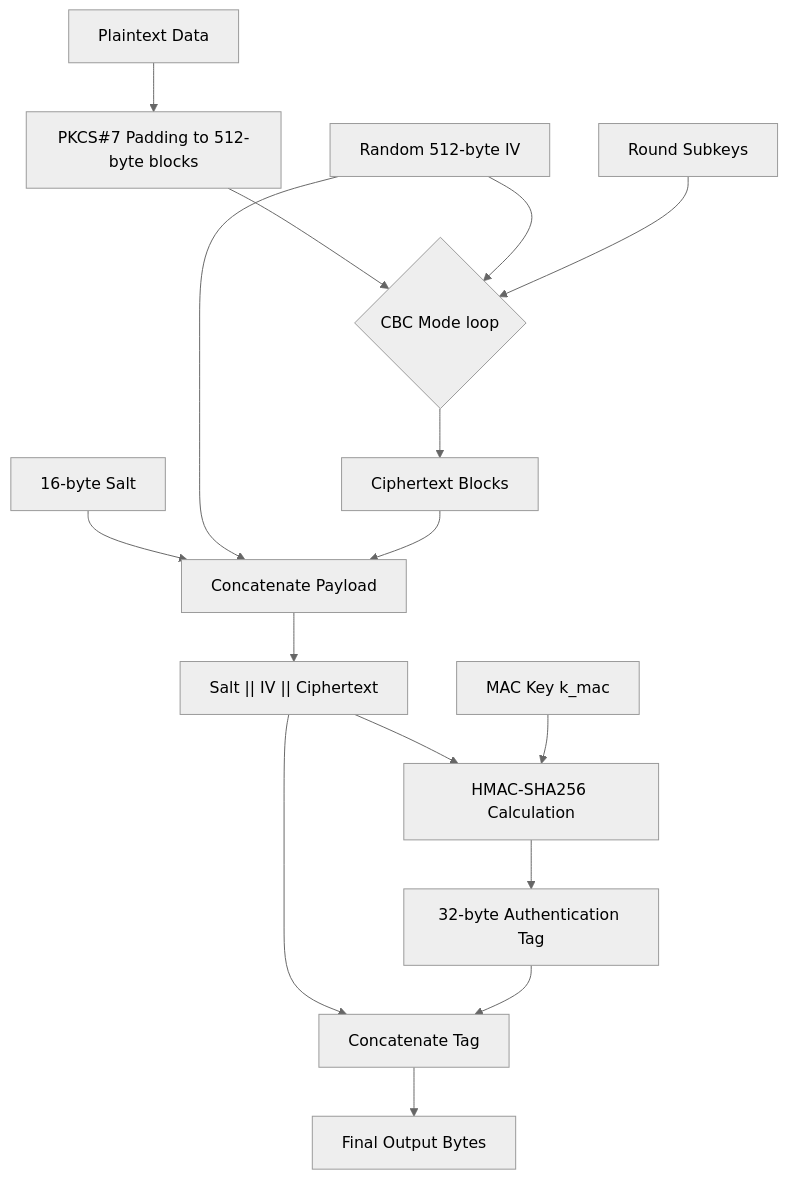
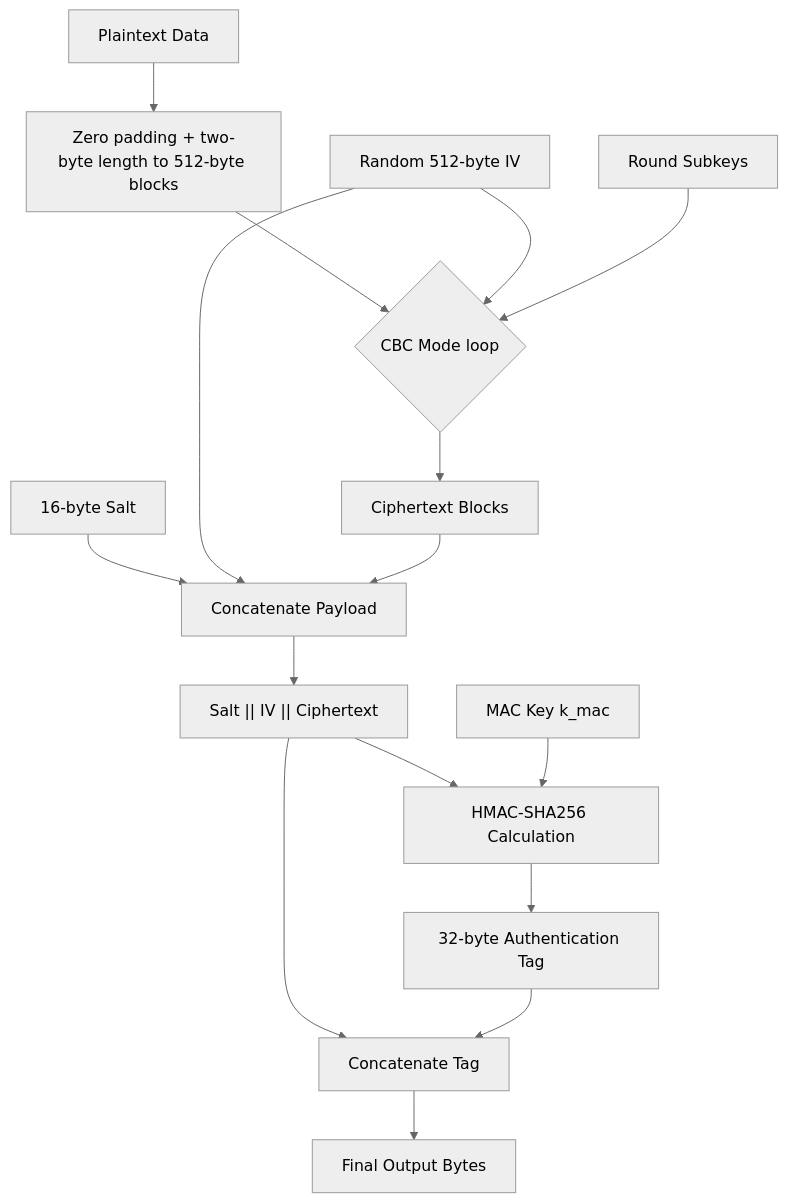
The second of 2 diagrams in FLOWS.md (Ashin-06/Dynamic-Block-Cipher), drawn with Mermaid (neutral theme) before and after one commit. The commit also changed other lines of this file and 15 other files, not shown here.

````diff
--- a/FLOWS.md
+++ b/FLOWS.md
@@ -33,23 +35,23 @@
 ```mermaid
 flowchart TD
-    PT[Plaintext Data] --> Pad[PKCS#7 Padding to 512-byte blocks]
+    PT[Plaintext Data] --> Pad[Zero padding + two-byte length to 512-byte blocks]
     Pad --> CBC{CBC Mode loop}
     IV[Random 512-byte IV] --> CBC
     Subkeys[Round Subkeys] --> CBC
     
     CBC --> CT[Ciphertext Blocks]
     
     Salt[16-byte Salt] --> Concat[Concatenate Payload]
     IV --> Concat
     CT --> Concat
     
     Concat --> OutPayload["Salt || IV || Ciphertext"]
     OutPayload --> HMAC_Calc[HMAC-SHA256 Calculation]
     K_mac[MAC Key k_mac] --> HMAC_Calc
     
     HMAC_Calc --> Tag[32-byte Authentication Tag]
     OutPayload --> FinalConcat[Concatenate Tag]
     Tag --> FinalConcat
     
     FinalConcat --> FinalOutput[Final Output Bytes]
 ```
````
